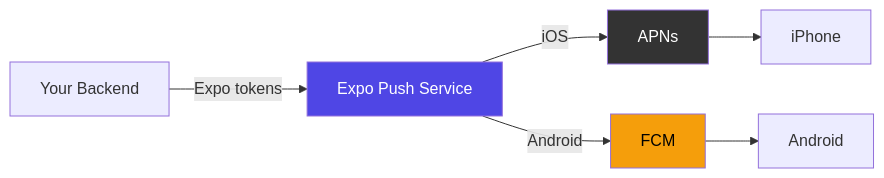
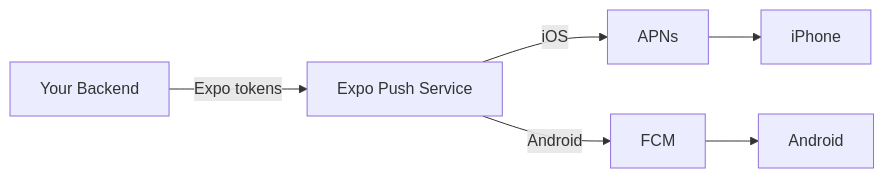
The fourth of 7 diagrams in arguments/chapters/rn-17-push-background.md (BabaScience/react-guides), drawn with Mermaid before and after one commit. The commit also changed other lines of this file and 63 other files, not shown here.

First line of the commit message:
Enrich React Native roadmap with deeper content, visuals, and FR/IT translations

````diff
--- a/arguments/chapters/rn-17-push-background.md
+++ b/arguments/chapters/rn-17-push-background.md
@@ -206,13 +329,9 @@
 ```mermaid
 flowchart LR
     Server[Your Backend]
     Server -->|Expo tokens| EPS[Expo Push Service]
     EPS -->|iOS| APNs
     EPS -->|Android| FCM
     APNs --> iPhone
     FCM --> Android
-
-    style EPS fill:#4f46e5,color:#fff
-    style APNs fill:#333,color:#fff
-    style FCM fill:#f59e0b,color:#000
 ```
````
